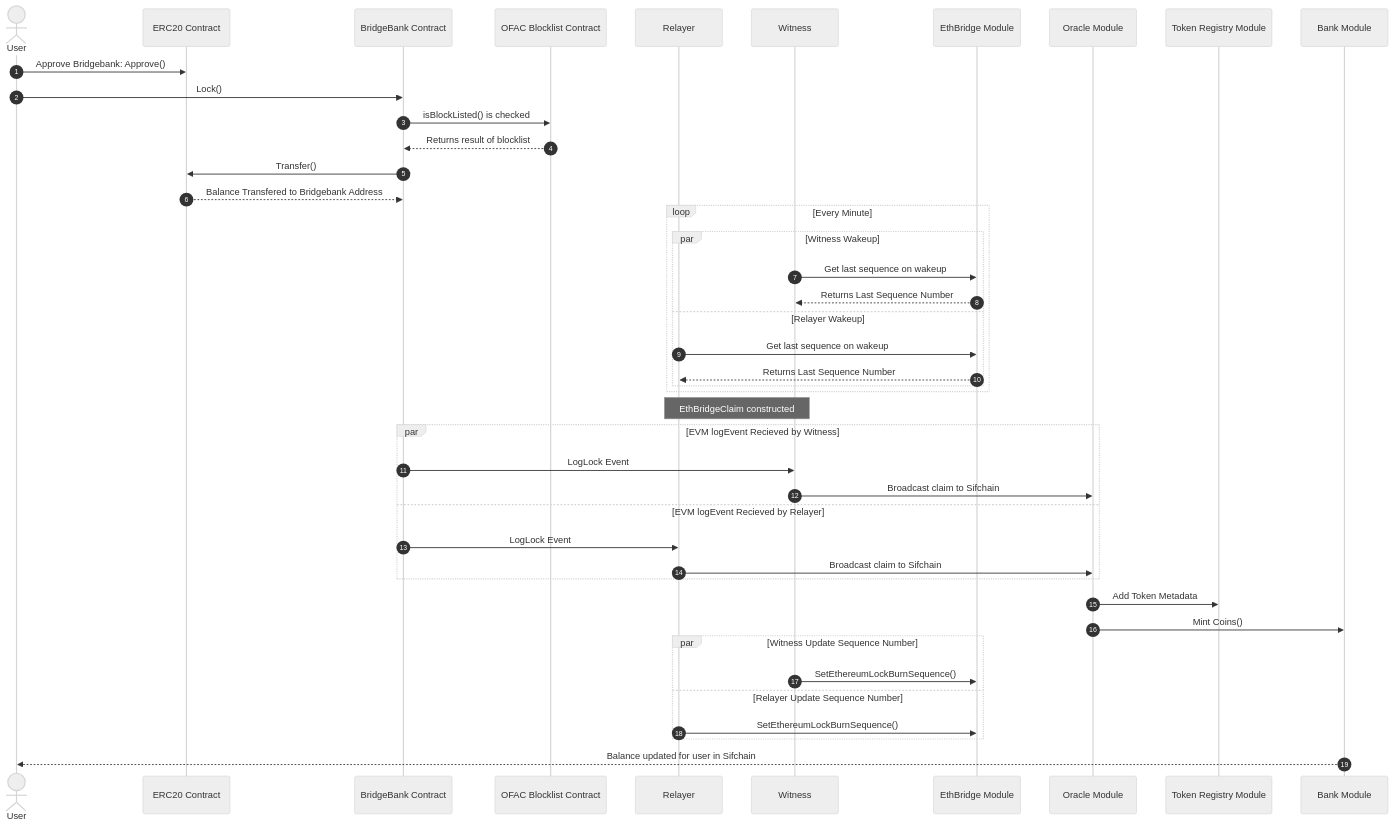
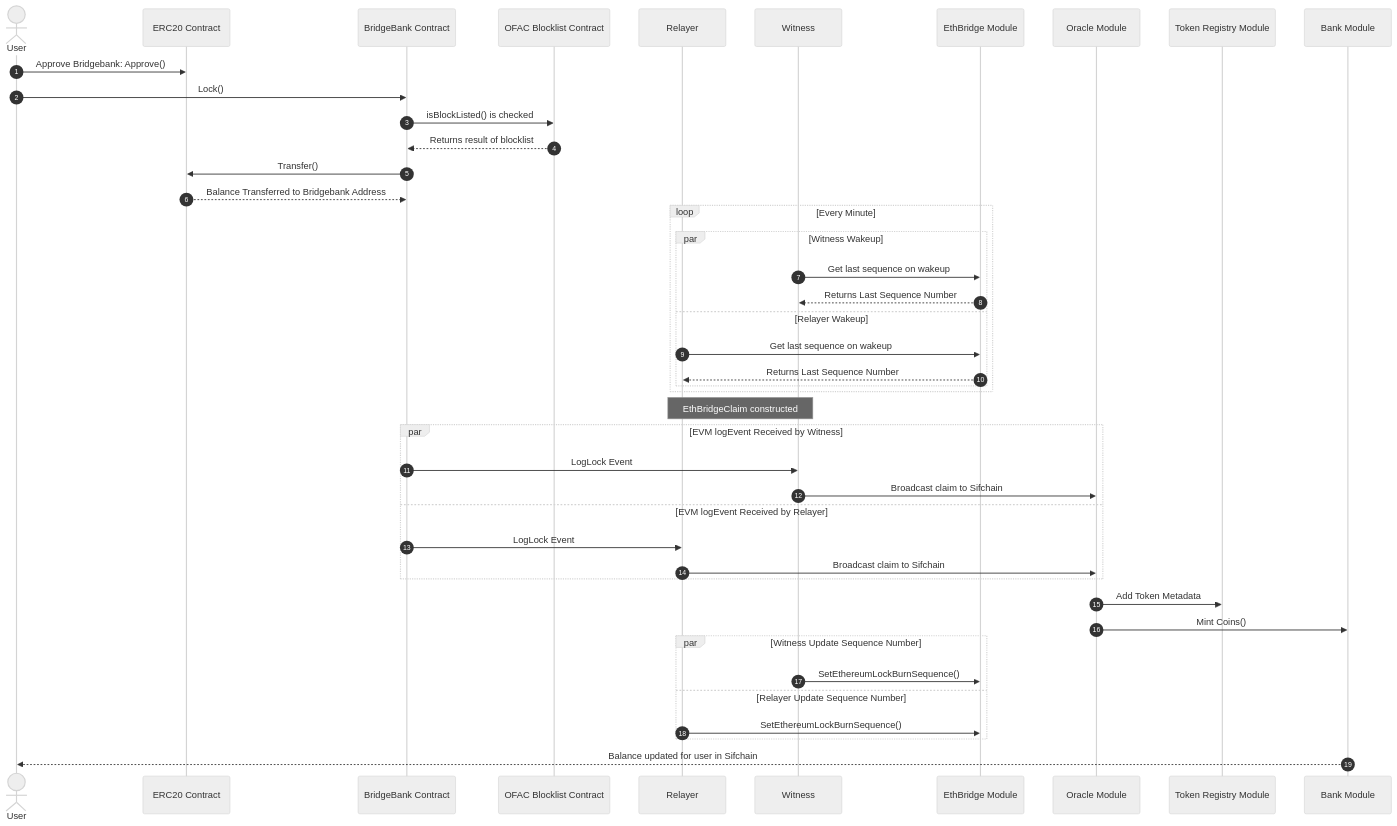
The first of 4 diagrams in docs/peggy/docs/Scenarios/evmImport.md (Sifchain/sifnode), drawn with Mermaid (neutral theme) before and after one commit. The commit also changed other lines of this file and 10 other files, not shown here.

Commit message:
Added documentation on the Smart Contracts with indepeth UML diagrams demonstrating relationships. Also merged in significant grammar, spelling, and flow changes to the documentation.

````diff
--- a/docs/peggy/docs/Scenarios/evmImport.md
+++ b/docs/peggy/docs/Scenarios/evmImport.md
@@ -8,52 +8,52 @@
 ```mermaid
 sequenceDiagram
   autonumber
 
   actor User
   participant ERC20 Contract
   participant BridgeBank as BridgeBank Contract
   participant OFAC Blocklist Contract
   participant Relayer
   participant Witness
   participant EthBridge Module
   participant Oracle Module
   participant Token Registry Module
   participant Bank Module
 
   User ->> ERC20 Contract: Approve Bridgebank: Approve()
   User ->> BridgeBank: Lock()
   BridgeBank ->> OFAC Blocklist Contract: isBlockListed() is checked
   OFAC Blocklist Contract -->> BridgeBank: Returns result of blocklist
   BridgeBank ->> ERC20 Contract: Transfer()
-  ERC20 Contract -->> BridgeBank: Balance Transfered to Bridgebank Address
+  ERC20 Contract -->> BridgeBank: Balance Transferred to Bridgebank Address
 
   loop Every Minute
     par Witness Wakeup
       Witness ->> EthBridge Module: Get last sequence on wakeup
       EthBridge Module -->> Witness: Returns Last Sequence Number
     and Relayer Wakeup
           Relayer ->> EthBridge Module: Get last sequence on wakeup
       EthBridge Module -->> Relayer: Returns Last Sequence Number
     end
   end
 
   Note over Witness,Relayer: EthBridgeClaim constructed
-  par EVM logEvent Recieved by Witness
+  par EVM logEvent Received by Witness
   BridgeBank ->> Witness: LogLock Event
   Witness ->> Oracle Module: Broadcast claim to Sifchain
-  and EVM logEvent Recieved by Relayer
+  and EVM logEvent Received by Relayer
   BridgeBank ->> Relayer: LogLock Event
   Relayer ->> Oracle Module: Broadcast claim to Sifchain
   end
 
   Oracle Module ->> Token Registry Module: Add Token Metadata
   Oracle Module ->> Bank Module: Mint Coins()
 
   par Witness Update Sequence Number
     Witness ->> EthBridge Module: SetEthereumLockBurnSequence()
   and Relayer Update Sequence Number
       Relayer ->> EthBridge Module: SetEthereumLockBurnSequence()
   end
 
   Bank Module -->> User: Balance updated for user in Sifchain
 ```
````
